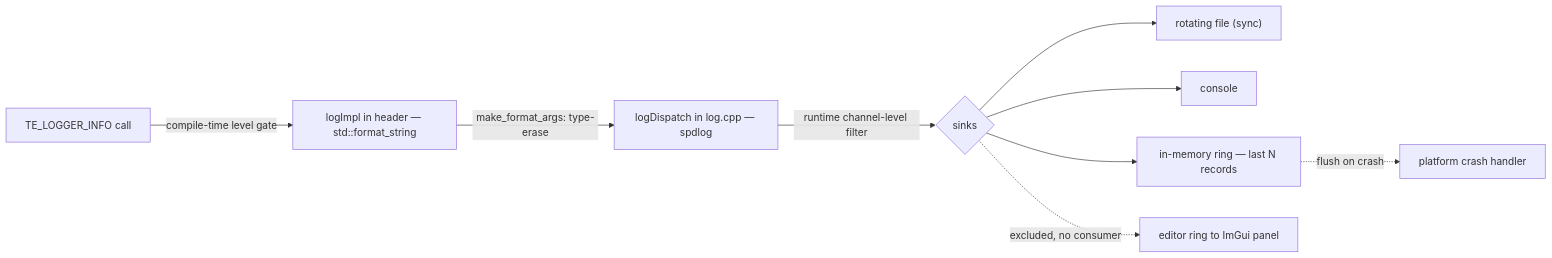
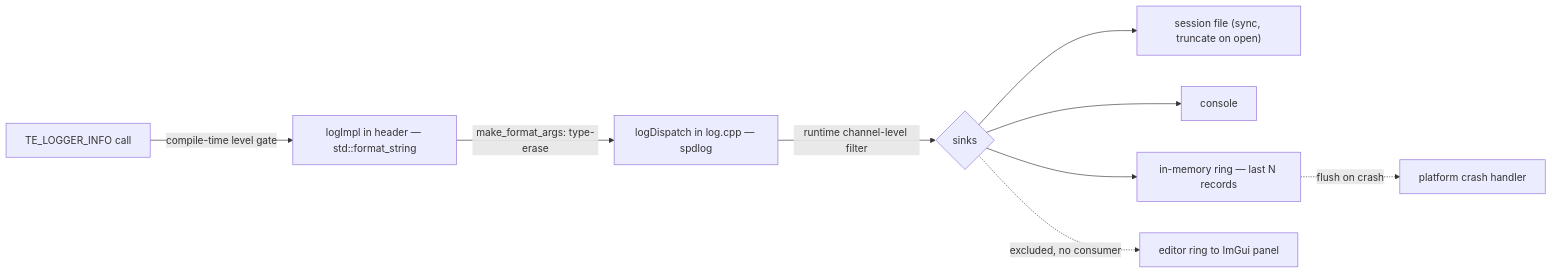
One commit to techattackteam/TechEngine-vault changed the diagram in 04 Design Docs/Utilities/Logger — Design.md. Above: the diagram before and after it, drawn with Mermaid. The commit also changed other lines of this file and 2 other files, not shown here.

First line of the commit message:
ADR-011 §3: one log file, truncated on open — drop rotation

````diff
--- a/04 Design Docs/Utilities/Logger — Design.md
+++ b/04 Design Docs/Utilities/Logger — Design.md
@@ -53,11 +54,11 @@
 ```mermaid
 flowchart LR
   A["TE_LOGGER_INFO call"] -->|compile-time level gate| B["logImpl in header — std::format_string"]
   B -->|make_format_args: type-erase| C["logDispatch in log.cpp — spdlog"]
   C -->|runtime channel-level filter| D{sinks}
-  D --> F["rotating file (sync)"]
+  D --> F["session file (sync, truncate on open)"]
   D --> H["console"]
   D --> R["in-memory ring — last N records"]
   R -. flush on crash .-> G["platform crash handler"]
   D -. excluded, no consumer .-> E["editor ring to ImGui panel"]
 ```
````
